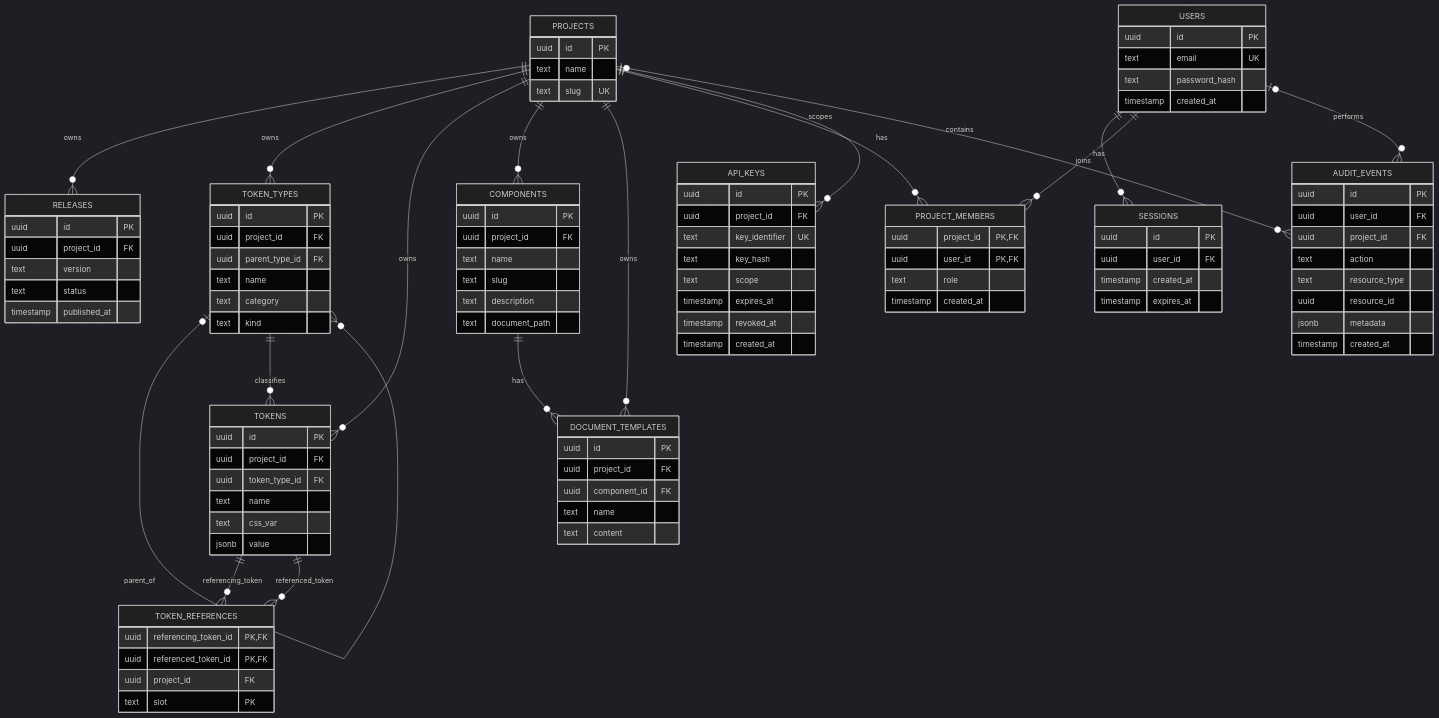
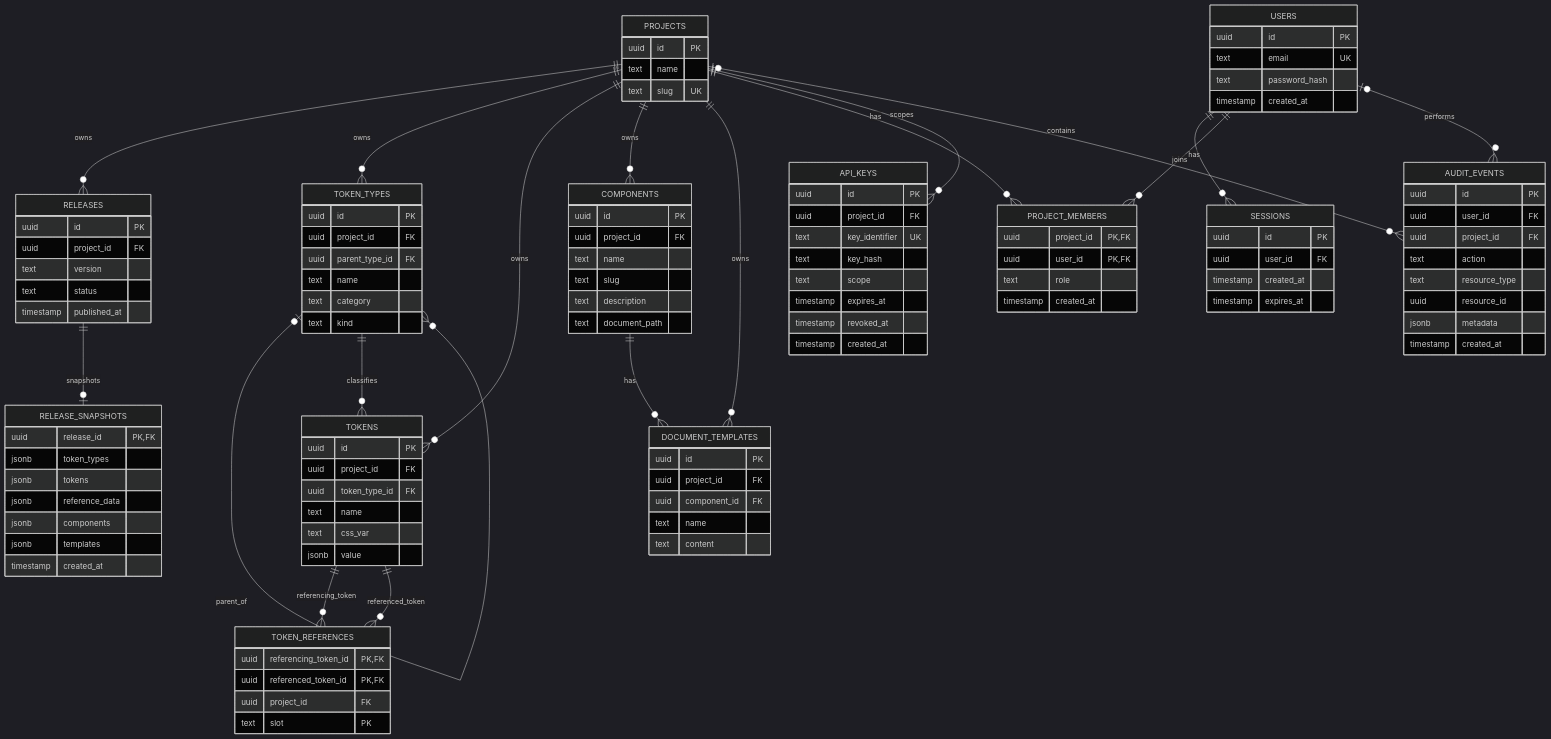
Before and after one commit to JinKim1011/dso: the diagram in docs/database/er-model.md, drawn with Mermaid (dark theme). The commit also changed other lines of this file, not shown here.

Commit message:
feat(docs): enhance ER model documentation with new release snapshots and clarify relationships

```diff
--- a/docs/database/er-model.md
+++ b/docs/database/er-model.md
@@ -12,6 +19,7 @@
     PROJECTS ||--o{ PROJECT_MEMBERS : has
     PROJECTS ||--o{ API_KEYS : scopes
     PROJECTS o|--o{ AUDIT_EVENTS : contains
+    RELEASES ||--o| RELEASE_SNAPSHOTS : snapshots
 
     TOKEN_TYPES o|--o{ TOKEN_TYPES : parent_of
     TOKEN_TYPES ||--o{ TOKENS : classifies
@@ -43,6 +51,16 @@
         text version
         text status
         timestamp published_at
+    }
+
+    RELEASE_SNAPSHOTS {
+        uuid release_id PK, FK
+        jsonb token_types
+        jsonb tokens
+        jsonb reference_data
+        jsonb components
+        jsonb templates
+        timestamp created_at
     }
 
     SESSIONS {
```
